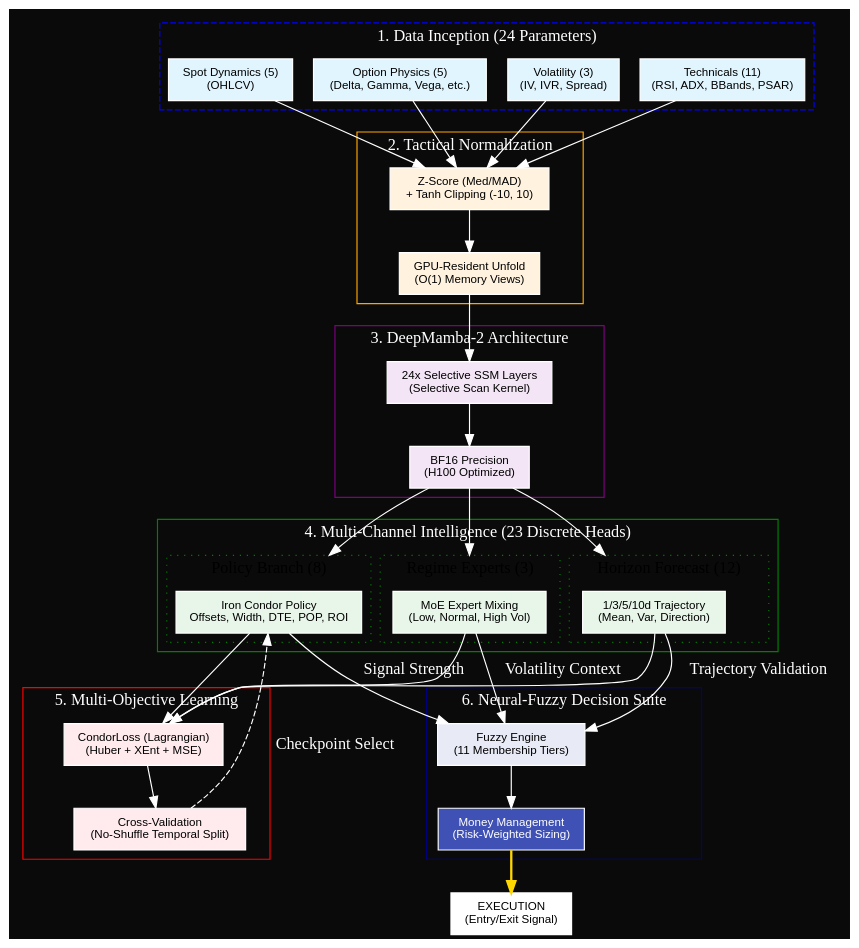
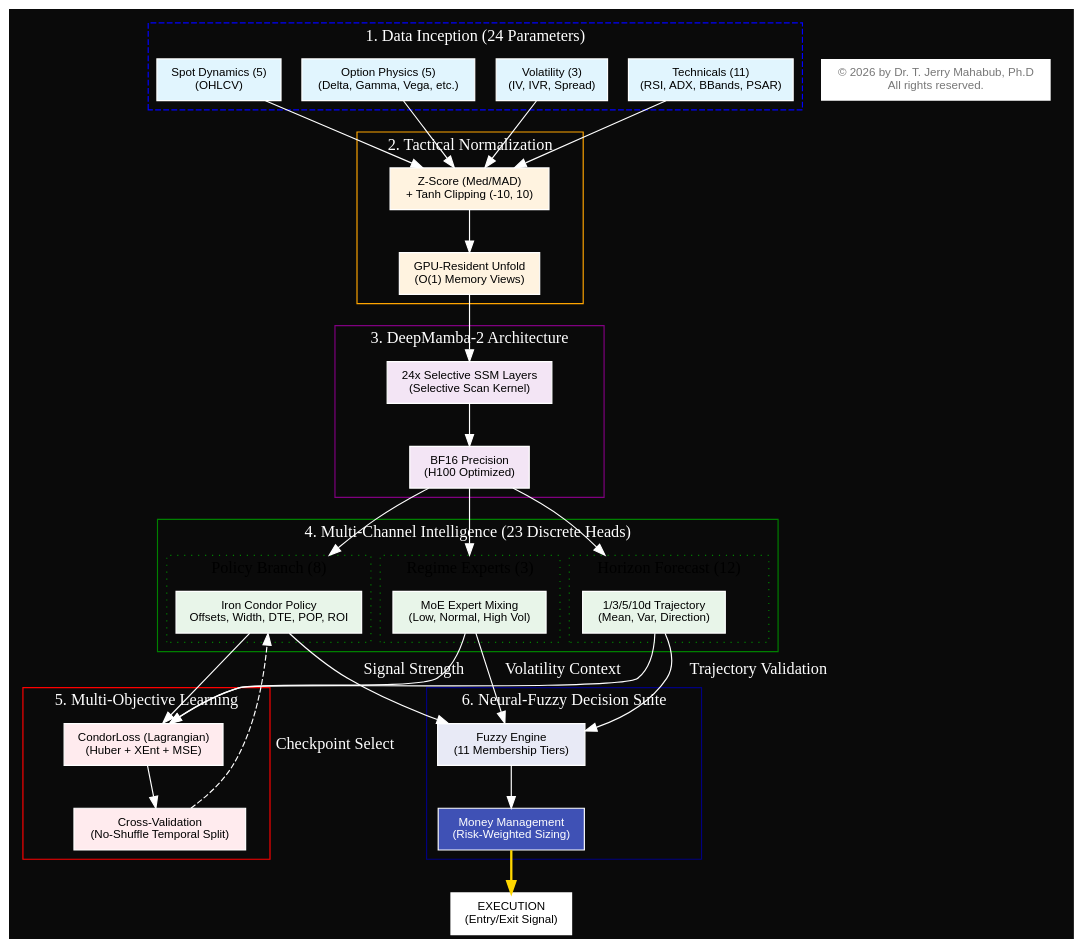
One commit to trextrader/spy-iron-condor-trading changed the diagram in docs/architecture/condor_intelligence_flow.dot. Above: the diagram before and after it, drawn with Graphviz. The commit also changed 37 other files, not shown here.

Commit message:
Add Copyright Notice to all architecture diagrams (Dr. T. Jerry Mahabub)

```diff
--- a/docs/architecture/condor_intelligence_flow.dot
+++ b/docs/architecture/condor_intelligence_flow.dot
@@ -1,106 +1,115 @@
 digraph CondorIntelligence {
     rankdir=TB;
     bgcolor="#0a0a0a";
     node [shape=box, style=filled, fontname="Helvetica", fontsize=10, color="white", fontcolor="black"];
     edge [color="white", fontcolor="white"];
     compound=true;
     fontcolor="white";
 
     subgraph cluster_input {
         label = "1. Data Inception (24 Parameters)";
         fontcolor="white";
         style = dashed;
         color = blue;
         input_spot [label="Spot Dynamics (5)\n(OHLCV)", fillcolor="#e1f5fe"];
         input_greeks [label="Option Physics (5)\n(Delta, Gamma, Vega, etc.)", fillcolor="#e1f5fe"];
         input_vol [label="Volatility (3)\n(IV, IVR, Spread)", fillcolor="#e1f5fe"];
         input_tech [label="Technicals (11)\n(RSI, ADX, BBands, PSAR)", fillcolor="#e1f5fe"];
     }
 
     subgraph cluster_preprocess {
         label = "2. Tactical Normalization";
         fontcolor="white";
         color = orange;
         norm [label="Z-Score (Med/MAD)\n+ Tanh Clipping (-10, 10)", fillcolor="#fff3e0"];
         gpu_unfold [label="GPU-Resident Unfold\n(O(1) Memory Views)", fillcolor="#fff3e0"];
     }
 
     subgraph cluster_backbone {
         label = "3. DeepMamba-2 Architecture";
         fontcolor="white";
         color = purple;
         mamba_layers [label="24x Selective SSM Layers\n(Selective Scan Kernel)", fillcolor="#f3e5f5"];
         bf16 [label="BF16 Precision\n(H100 Optimized)", fillcolor="#f3e5f5"];
     }
 
     subgraph cluster_heads {
         label = "4. Multi-Channel Intelligence (23 Discrete Heads)";
         fontcolor="white";
         color = green;
         
         subgraph cluster_policy {
             label = "Policy Branch (8)";
             fontcolor="black";
             style = dotted;
             head_ic [label="Iron Condor Policy\nOffsets, Width, DTE, POP, ROI", fillcolor="#e8f5e9"];
         }
         
         subgraph cluster_regime {
             label = "Regime Experts (3)";
             fontcolor="black";
             style = dotted;
             head_moe [label="MoE Expert Mixing\n(Low, Normal, High Vol)", fillcolor="#e8f5e9"];
         }
         
         subgraph cluster_horizon {
             label = "Horizon Forecast (12)";
             fontcolor="black";
             style = dotted;
             head_price [label="1/3/5/10d Trajectory\n(Mean, Var, Direction)", fillcolor="#e8f5e9"];
         }
     }
 
     subgraph cluster_training {
         label = "5. Multi-Objective Learning";
         fontcolor="white";
         color = red;
         loss [label="CondorLoss (Lagrangian)\n(Huber + XEnt + MSE)", fillcolor="#ffebee"];
         val [label="Cross-Validation\n(No-Shuffle Temporal Split)", fillcolor="#ffebee"];
     }
 
     subgraph cluster_logic {
         label = "6. Neural-Fuzzy Decision Suite";
         fontcolor="white";
         color = navy;
         fuzzy [label="Fuzzy Engine\n(11 Membership Tiers)", fillcolor="#e8eaf6", fontcolor=black];
         money [label="Money Management\n(Risk-Weighted Sizing)", fillcolor="#3f51b5", fontcolor=white];
     }
 
     // Connections
     input_spot -> norm;
     input_greeks -> norm;
     input_vol -> norm;
     input_tech -> norm;
     
     norm -> gpu_unfold;
     gpu_unfold -> mamba_layers;
     mamba_layers -> bf16;
     
     bf16 -> head_ic [lhead=cluster_policy];
     bf16 -> head_moe [lhead=cluster_regime];
     bf16 -> head_price [lhead=cluster_horizon];
     
     head_ic -> loss;
     head_moe -> loss;
     head_price -> loss;
     
     loss -> val;
     val -> head_ic [label="Checkpoint Select", style=dashed];
     
     head_ic -> fuzzy [label="Signal Strength"];
     head_moe -> fuzzy [label="Volatility Context"];
     head_price -> fuzzy [label="Trajectory Validation"];
     
     fuzzy -> money;
     money -> "EXECUTION\n(Entry/Exit Signal)" [color=gold, penwidth=2];
+
+    // Copyright Notice
+    subgraph cluster_copyright {
+        style=invis;
+        rank=sink;
+        node [shape=plaintext, fontsize=10, fontcolor="#777777", fontname="Helvetica"];
+        copyright_note [label="© 2026 by Dr. T. Jerry Mahabub, Ph.D\nAll rights reserved."];
+    }
+
 }
```
